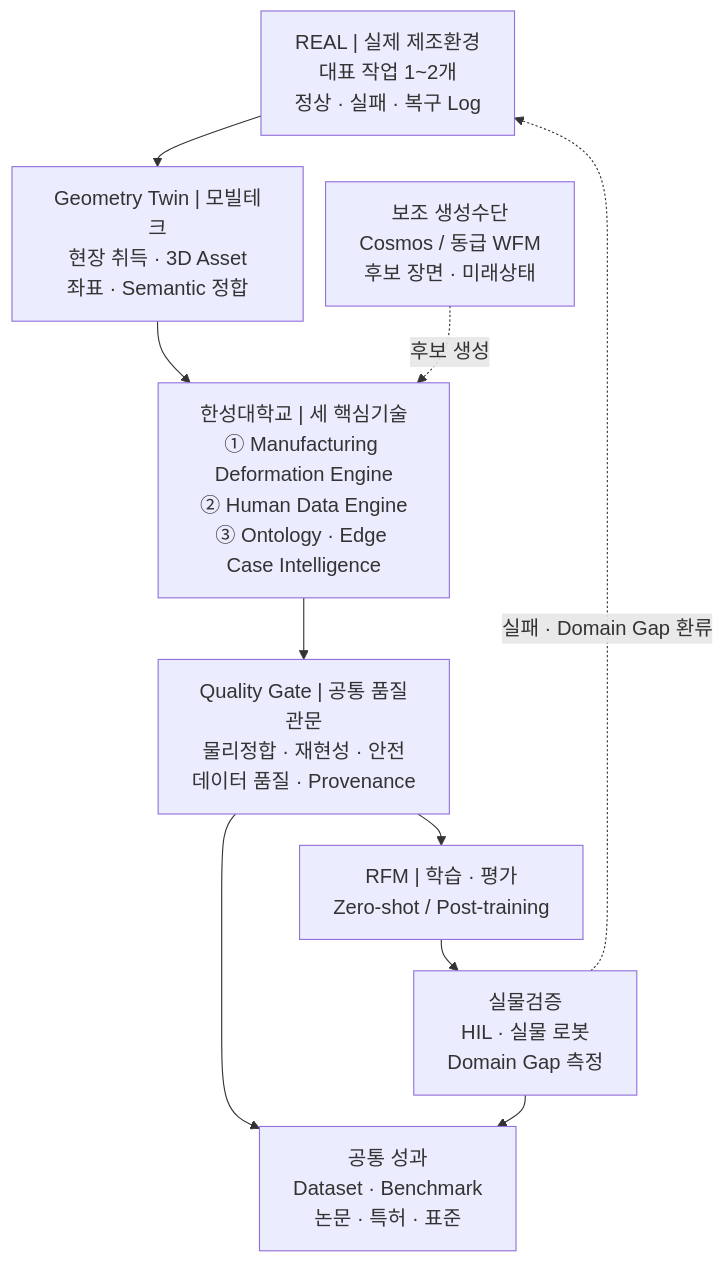
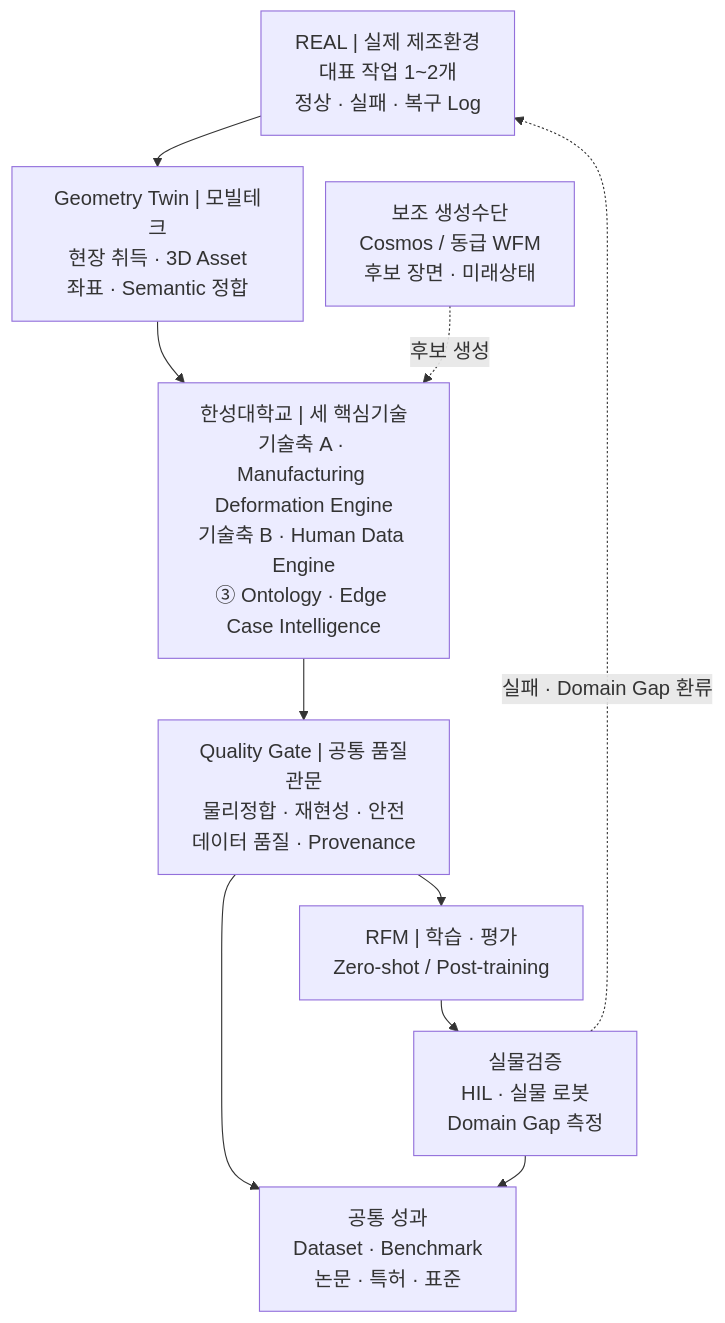
The first of 2 diagrams in homepage-src/docs/projects/manufacturing-data-factory-rfm/index.md (parclab-hsu/parclab-hsu.github.io), drawn with Mermaid before and after one commit. The commit also changed other lines of this file and 4 other files, not shown here.

````diff
--- a/homepage-src/docs/projects/manufacturing-data-factory-rfm/index.md
+++ b/homepage-src/docs/projects/manufacturing-data-factory-rfm/index.md
@@ -184,18 +184,18 @@
 ```mermaid
 %%{init: {"themeVariables": {"fontSize": "18px"}, "flowchart": {"nodeSpacing": 20, "rankSpacing": 28}}}%%
 flowchart TB
     REAL["REAL | 실제 제조환경<br/>대표 작업 1~2개<br/>정상 · 실패 · 복구 Log"]
     GEO["Geometry Twin | 모빌테크<br/>현장 취득 · 3D Asset<br/>좌표 · Semantic 정합"]
     WFM["보조 생성수단<br/>Cosmos / 동급 WFM<br/>후보 장면 · 미래상태"]
-    CORE["한성대학교 | 세 핵심기술<br/>① Manufacturing Deformation Engine<br/>② Human Data Engine<br/>③ Ontology · Edge Case Intelligence"]
+    CORE["한성대학교 | 세 핵심기술<br/>기술축 A · Manufacturing Deformation Engine<br/>기술축 B · Human Data Engine<br/>③ Ontology · Edge Case Intelligence"]
     GATE["Quality Gate | 공통 품질관문<br/>물리정합 · 재현성 · 안전<br/>데이터 품질 · Provenance"]
     RFM["RFM | 학습 · 평가<br/>Zero-shot / Post-training"]
     TEST["실물검증<br/>HIL · 실물 로봇<br/>Domain Gap 측정"]
     OUT["공통 성과<br/>Dataset · Benchmark<br/>논문 · 특허 · 표준"]
 
     REAL --> GEO --> CORE --> GATE --> RFM --> TEST
     WFM -. "후보 생성" .-> CORE
     GATE --> OUT
     TEST --> OUT
     TEST -. "실패 · Domain Gap 환류" .-> REAL
 ```
````
